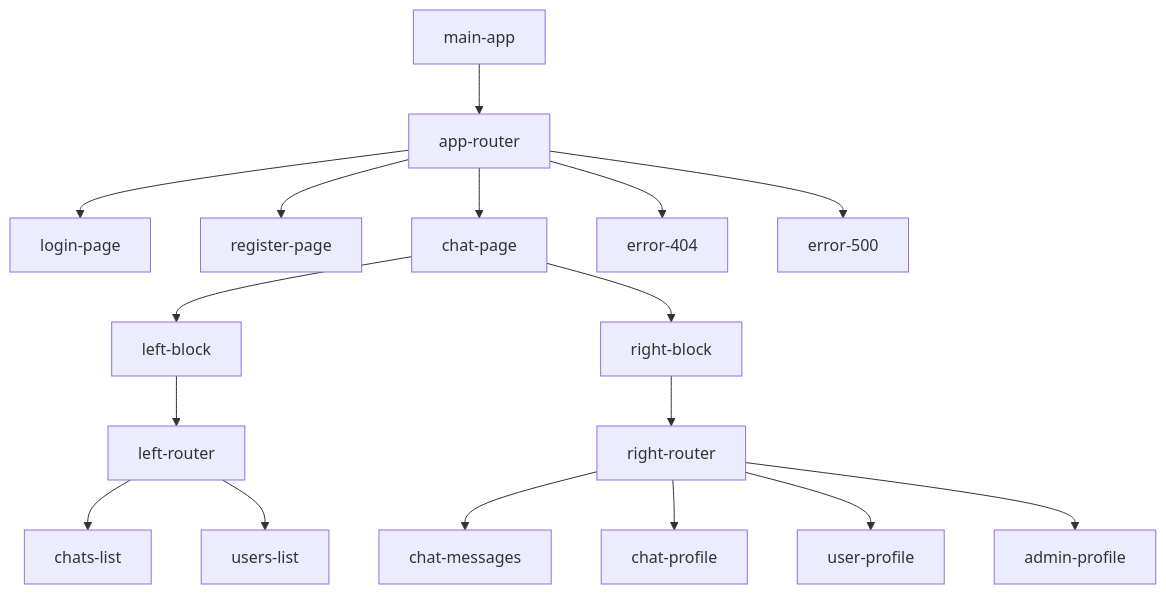
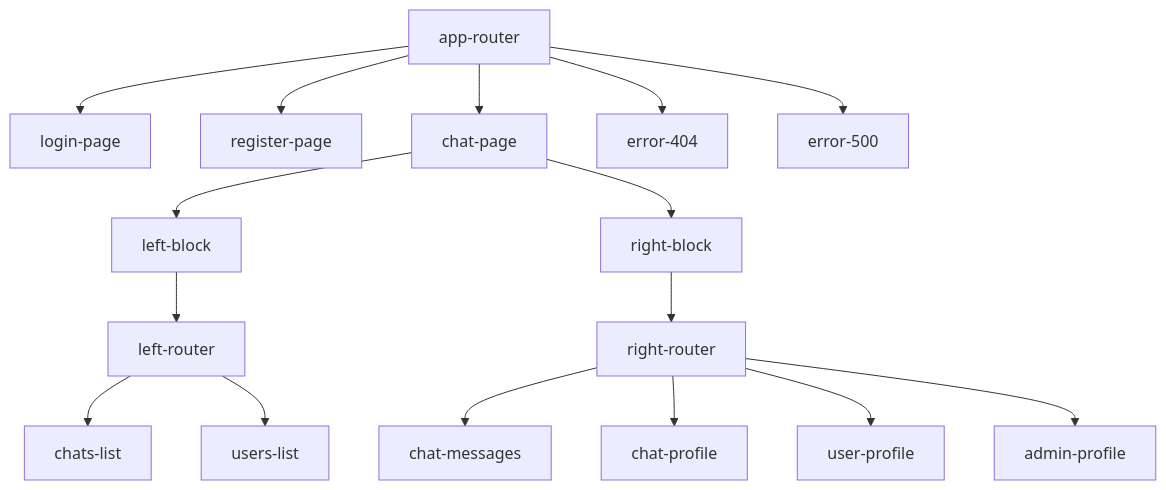
The diagram in README.md (mrNote23/middle.messenger.praktikum.yandex), drawn with Mermaid before and after one commit. The commit also changed other lines of this file, not shown here.

````diff
--- a/README.md
+++ b/README.md
@@ -45,20 +69,19 @@
 ```mermaid
 flowchart TD
-    main-app --> app-router
     app-router --> login-page
     app-router --> register-page
     app-router --> chat-page
     app-router --> error-404
     app-router --> error-500
     chat-page --> left-block
     chat-page --> right-block
     left-block --> left-router
     right-block --> right-router
     left-router --> chats-list
     left-router --> users-list
     right-router --> chat-messages
     right-router --> chat-profile
     right-router --> user-profile
     right-router --> admin-profile
 
 ```
````
